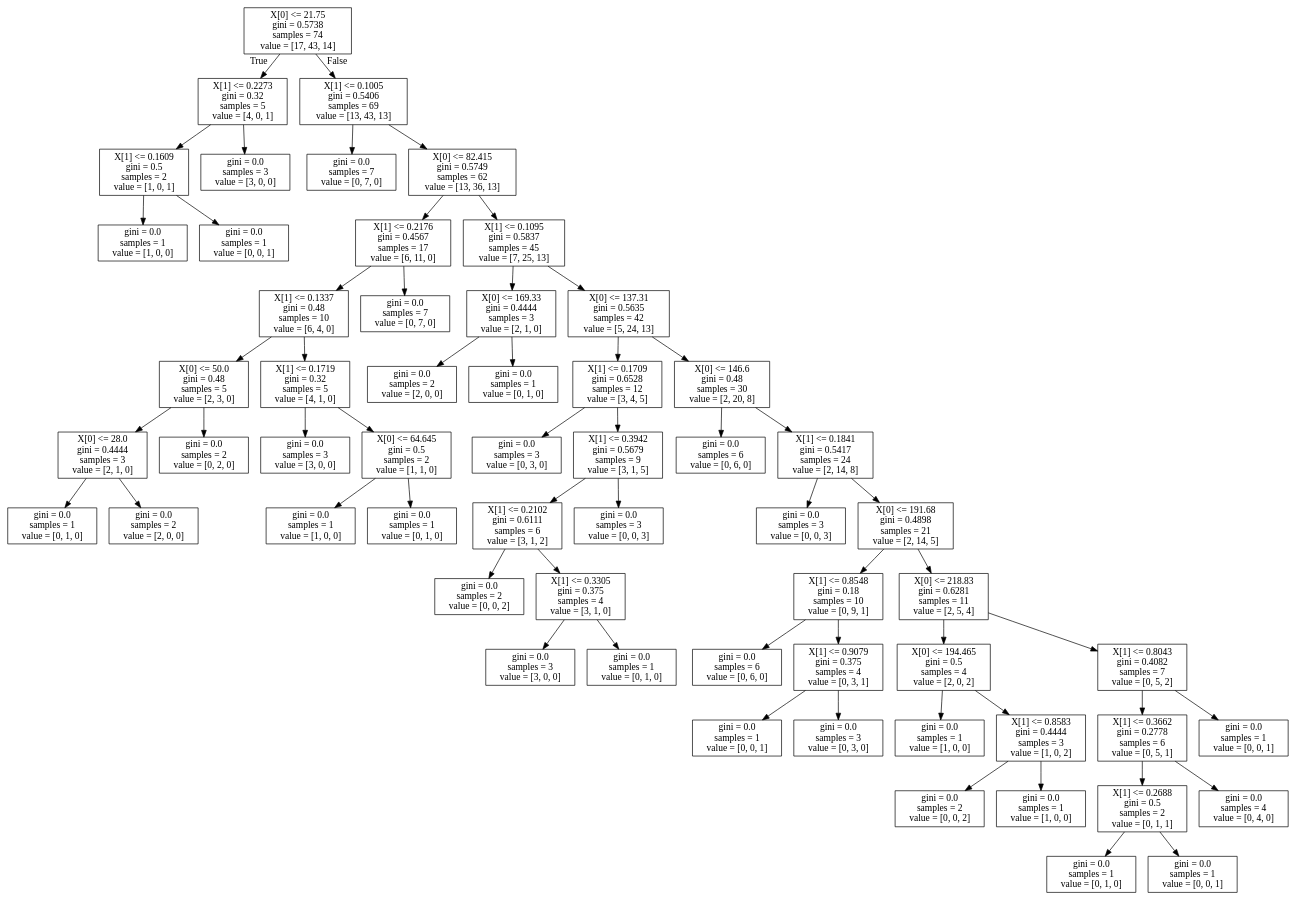
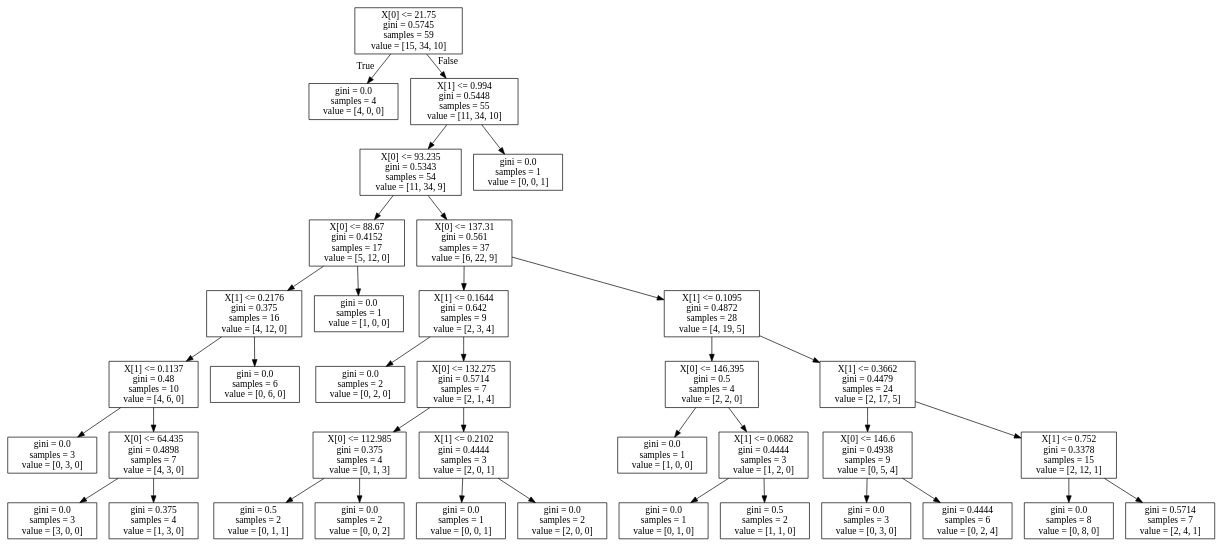
Before and after one commit to bewakes/major-part: the diagram in tree.dot, drawn with Graphviz. The commit also changed 2 other files, not shown here.

```diff
--- a/tree.dot
+++ b/tree.dot
@@ -1,120 +1,76 @@
 digraph Tree {
 node [shape=box] ;
-0 [label="X[0] <= 21.75\ngini = 0.5738\nsamples = 74\nvalue = [17, 43, 14]"] ;
-1 [label="X[1] <= 0.2273\ngini = 0.32\nsamples = 5\nvalue = [4, 0, 1]"] ;
+0 [label="X[0] <= 21.75\ngini = 0.5745\nsamples = 59\nvalue = [15, 34, 10]"] ;
+1 [label="gini = 0.0\nsamples = 4\nvalue = [4, 0, 0]"] ;
 0 -> 1 [labeldistance=2.5, labelangle=45, headlabel="True"] ;
-2 [label="X[1] <= 0.1609\ngini = 0.5\nsamples = 2\nvalue = [1, 0, 1]"] ;
-1 -> 2 ;
-3 [label="gini = 0.0\nsamples = 1\nvalue = [1, 0, 0]"] ;
+2 [label="X[1] <= 0.994\ngini = 0.5448\nsamples = 55\nvalue = [11, 34, 10]"] ;
+0 -> 2 [labeldistance=2.5, labelangle=-45, headlabel="False"] ;
+3 [label="X[0] <= 93.235\ngini = 0.5343\nsamples = 54\nvalue = [11, 34, 9]"] ;
 2 -> 3 ;
-4 [label="gini = 0.0\nsamples = 1\nvalue = [0, 0, 1]"] ;
-2 -> 4 ;
-5 [label="gini = 0.0\nsamples = 3\nvalue = [3, 0, 0]"] ;
-1 -> 5 ;
-6 [label="X[1] <= 0.1005\ngini = 0.5406\nsamples = 69\nvalue = [13, 43, 13]"] ;
-0 -> 6 [labeldistance=2.5, labelangle=-45, headlabel="False"] ;
-7 [label="gini = 0.0\nsamples = 7\nvalue = [0, 7, 0]"] ;
+4 [label="X[0] <= 88.67\ngini = 0.4152\nsamples = 17\nvalue = [5, 12, 0]"] ;
+3 -> 4 ;
+5 [label="X[1] <= 0.2176\ngini = 0.375\nsamples = 16\nvalue = [4, 12, 0]"] ;
+4 -> 5 ;
+6 [label="X[1] <= 0.1137\ngini = 0.48\nsamples = 10\nvalue = [4, 6, 0]"] ;
+5 -> 6 ;
+7 [label="gini = 0.0\nsamples = 3\nvalue = [0, 3, 0]"] ;
 6 -> 7 ;
-8 [label="X[0] <= 82.415\ngini = 0.5749\nsamples = 62\nvalue = [13, 36, 13]"] ;
+8 [label="X[0] <= 64.435\ngini = 0.4898\nsamples = 7\nvalue = [4, 3, 0]"] ;
 6 -> 8 ;
-9 [label="X[1] <= 0.2176\ngini = 0.4567\nsamples = 17\nvalue = [6, 11, 0]"] ;
+9 [label="gini = 0.0\nsamples = 3\nvalue = [3, 0, 0]"] ;
 8 -> 9 ;
-10 [label="X[1] <= 0.1337\ngini = 0.48\nsamples = 10\nvalue = [6, 4, 0]"] ;
-9 -> 10 ;
-11 [label="X[0] <= 50.0\ngini = 0.48\nsamples = 5\nvalue = [2, 3, 0]"] ;
-10 -> 11 ;
-12 [label="X[0] <= 28.0\ngini = 0.4444\nsamples = 3\nvalue = [2, 1, 0]"] ;
-11 -> 12 ;
-13 [label="gini = 0.0\nsamples = 1\nvalue = [0, 1, 0]"] ;
-12 -> 13 ;
-14 [label="gini = 0.0\nsamples = 2\nvalue = [2, 0, 0]"] ;
-12 -> 14 ;
+10 [label="gini = 0.375\nsamples = 4\nvalue = [1, 3, 0]"] ;
+8 -> 10 ;
+11 [label="gini = 0.0\nsamples = 6\nvalue = [0, 6, 0]"] ;
+5 -> 11 ;
+12 [label="gini = 0.0\nsamples = 1\nvalue = [1, 0, 0]"] ;
+4 -> 12 ;
+13 [label="X[0] <= 137.31\ngini = 0.561\nsamples = 37\nvalue = [6, 22, 9]"] ;
+3 -> 13 ;
+14 [label="X[1] <= 0.1644\ngini = 0.642\nsamples = 9\nvalue = [2, 3, 4]"] ;
+13 -> 14 ;
 15 [label="gini = 0.0\nsamples = 2\nvalue = [0, 2, 0]"] ;
-11 -> 15 ;
-16 [label="X[1] <= 0.1719\ngini = 0.32\nsamples = 5\nvalue = [4, 1, 0]"] ;
-10 -> 16 ;
-17 [label="gini = 0.0\nsamples = 3\nvalue = [3, 0, 0]"] ;
+14 -> 15 ;
+16 [label="X[0] <= 132.275\ngini = 0.5714\nsamples = 7\nvalue = [2, 1, 4]"] ;
+14 -> 16 ;
+17 [label="X[0] <= 112.985\ngini = 0.375\nsamples = 4\nvalue = [0, 1, 3]"] ;
 16 -> 17 ;
-18 [label="X[0] <= 64.645\ngini = 0.5\nsamples = 2\nvalue = [1, 1, 0]"] ;
-16 -> 18 ;
-19 [label="gini = 0.0\nsamples = 1\nvalue = [1, 0, 0]"] ;
-18 -> 19 ;
-20 [label="gini = 0.0\nsamples = 1\nvalue = [0, 1, 0]"] ;
-18 -> 20 ;
-21 [label="gini = 0.0\nsamples = 7\nvalue = [0, 7, 0]"] ;
-9 -> 21 ;
-22 [label="X[1] <= 0.1095\ngini = 0.5837\nsamples = 45\nvalue = [7, 25, 13]"] ;
-8 -> 22 ;
-23 [label="X[0] <= 169.33\ngini = 0.4444\nsamples = 3\nvalue = [2, 1, 0]"] ;
-22 -> 23 ;
-24 [label="gini = 0.0\nsamples = 2\nvalue = [2, 0, 0]"] ;
+18 [label="gini = 0.5\nsamples = 2\nvalue = [0, 1, 1]"] ;
+17 -> 18 ;
+19 [label="gini = 0.0\nsamples = 2\nvalue = [0, 0, 2]"] ;
+17 -> 19 ;
+20 [label="X[1] <= 0.2102\ngini = 0.4444\nsamples = 3\nvalue = [2, 0, 1]"] ;
+16 -> 20 ;
+21 [label="gini = 0.0\nsamples = 1\nvalue = [0, 0, 1]"] ;
+20 -> 21 ;
+22 [label="gini = 0.0\nsamples = 2\nvalue = [2, 0, 0]"] ;
+20 -> 22 ;
+23 [label="X[1] <= 0.1095\ngini = 0.4872\nsamples = 28\nvalue = [4, 19, 5]"] ;
+13 -> 23 ;
+24 [label="X[0] <= 146.395\ngini = 0.5\nsamples = 4\nvalue = [2, 2, 0]"] ;
 23 -> 24 ;
-25 [label="gini = 0.0\nsamples = 1\nvalue = [0, 1, 0]"] ;
-23 -> 25 ;
-26 [label="X[0] <= 137.31\ngini = 0.5635\nsamples = 42\nvalue = [5, 24, 13]"] ;
-22 -> 26 ;
-27 [label="X[1] <= 0.1709\ngini = 0.6528\nsamples = 12\nvalue = [3, 4, 5]"] ;
+25 [label="gini = 0.0\nsamples = 1\nvalue = [1, 0, 0]"] ;
+24 -> 25 ;
+26 [label="X[1] <= 0.0682\ngini = 0.4444\nsamples = 3\nvalue = [1, 2, 0]"] ;
+24 -> 26 ;
+27 [label="gini = 0.0\nsamples = 1\nvalue = [0, 1, 0]"] ;
 26 -> 27 ;
-28 [label="gini = 0.0\nsamples = 3\nvalue = [0, 3, 0]"] ;
-27 -> 28 ;
-29 [label="X[1] <= 0.3942\ngini = 0.5679\nsamples = 9\nvalue = [3, 1, 5]"] ;
-27 -> 29 ;
-30 [label="X[1] <= 0.2102\ngini = 0.6111\nsamples = 6\nvalue = [3, 1, 2]"] ;
+28 [label="gini = 0.5\nsamples = 2\nvalue = [1, 1, 0]"] ;
+26 -> 28 ;
+29 [label="X[1] <= 0.3662\ngini = 0.4479\nsamples = 24\nvalue = [2, 17, 5]"] ;
+23 -> 29 ;
+30 [label="X[0] <= 146.6\ngini = 0.4938\nsamples = 9\nvalue = [0, 5, 4]"] ;
 29 -> 30 ;
-31 [label="gini = 0.0\nsamples = 2\nvalue = [0, 0, 2]"] ;
+31 [label="gini = 0.0\nsamples = 3\nvalue = [0, 3, 0]"] ;
 30 -> 31 ;
-32 [label="X[1] <= 0.3305\ngini = 0.375\nsamples = 4\nvalue = [3, 1, 0]"] ;
+32 [label="gini = 0.4444\nsamples = 6\nvalue = [0, 2, 4]"] ;
 30 -> 32 ;
-33 [label="gini = 0.0\nsamples = 3\nvalue = [3, 0, 0]"] ;
-32 -> 33 ;
-34 [label="gini = 0.0\nsamples = 1\nvalue = [0, 1, 0]"] ;
-32 -> 34 ;
-35 [label="gini = 0.0\nsamples = 3\nvalue = [0, 0, 3]"] ;
-29 -> 35 ;
-36 [label="X[0] <= 146.6\ngini = 0.48\nsamples = 30\nvalue = [2, 20, 8]"] ;
-26 -> 36 ;
-37 [label="gini = 0.0\nsamples = 6\nvalue = [0, 6, 0]"] ;
-36 -> 37 ;
-38 [label="X[1] <= 0.1841\ngini = 0.5417\nsamples = 24\nvalue = [2, 14, 8]"] ;
-36 -> 38 ;
-39 [label="gini = 0.0\nsamples = 3\nvalue = [0, 0, 3]"] ;
-38 -> 39 ;
-40 [label="X[0] <= 191.68\ngini = 0.4898\nsamples = 21\nvalue = [2, 14, 5]"] ;
-38 -> 40 ;
-41 [label="X[1] <= 0.8548\ngini = 0.18\nsamples = 10\nvalue = [0, 9, 1]"] ;
-40 -> 41 ;
-42 [label="gini = 0.0\nsamples = 6\nvalue = [0, 6, 0]"] ;
-41 -> 42 ;
-43 [label="X[1] <= 0.9079\ngini = 0.375\nsamples = 4\nvalue = [0, 3, 1]"] ;
-41 -> 43 ;
-44 [label="gini = 0.0\nsamples = 1\nvalue = [0, 0, 1]"] ;
-43 -> 44 ;
-45 [label="gini = 0.0\nsamples = 3\nvalue = [0, 3, 0]"] ;
-43 -> 45 ;
-46 [label="X[0] <= 218.83\ngini = 0.6281\nsamples = 11\nvalue = [2, 5, 4]"] ;
-40 -> 46 ;
-47 [label="X[0] <= 194.465\ngini = 0.5\nsamples = 4\nvalue = [2, 0, 2]"] ;
-46 -> 47 ;
-48 [label="gini = 0.0\nsamples = 1\nvalue = [1, 0, 0]"] ;
-47 -> 48 ;
-49 [label="X[1] <= 0.8583\ngini = 0.4444\nsamples = 3\nvalue = [1, 0, 2]"] ;
-47 -> 49 ;
-50 [label="gini = 0.0\nsamples = 2\nvalue = [0, 0, 2]"] ;
-49 -> 50 ;
-51 [label="gini = 0.0\nsamples = 1\nvalue = [1, 0, 0]"] ;
-49 -> 51 ;
-52 [label="X[1] <= 0.8043\ngini = 0.4082\nsamples = 7\nvalue = [0, 5, 2]"] ;
-46 -> 52 ;
-53 [label="X[1] <= 0.3662\ngini = 0.2778\nsamples = 6\nvalue = [0, 5, 1]"] ;
-52 -> 53 ;
-54 [label="X[1] <= 0.2688\ngini = 0.5\nsamples = 2\nvalue = [0, 1, 1]"] ;
-53 -> 54 ;
-55 [label="gini = 0.0\nsamples = 1\nvalue = [0, 1, 0]"] ;
-54 -> 55 ;
-56 [label="gini = 0.0\nsamples = 1\nvalue = [0, 0, 1]"] ;
-54 -> 56 ;
-57 [label="gini = 0.0\nsamples = 4\nvalue = [0, 4, 0]"] ;
-53 -> 57 ;
-58 [label="gini = 0.0\nsamples = 1\nvalue = [0, 0, 1]"] ;
-52 -> 58 ;
+33 [label="X[1] <= 0.752\ngini = 0.3378\nsamples = 15\nvalue = [2, 12, 1]"] ;
+29 -> 33 ;
+34 [label="gini = 0.0\nsamples = 8\nvalue = [0, 8, 0]"] ;
+33 -> 34 ;
+35 [label="gini = 0.5714\nsamples = 7\nvalue = [2, 4, 1]"] ;
+33 -> 35 ;
+36 [label="gini = 0.0\nsamples = 1\nvalue = [0, 0, 1]"] ;
+2 -> 36 ;
 }
```
